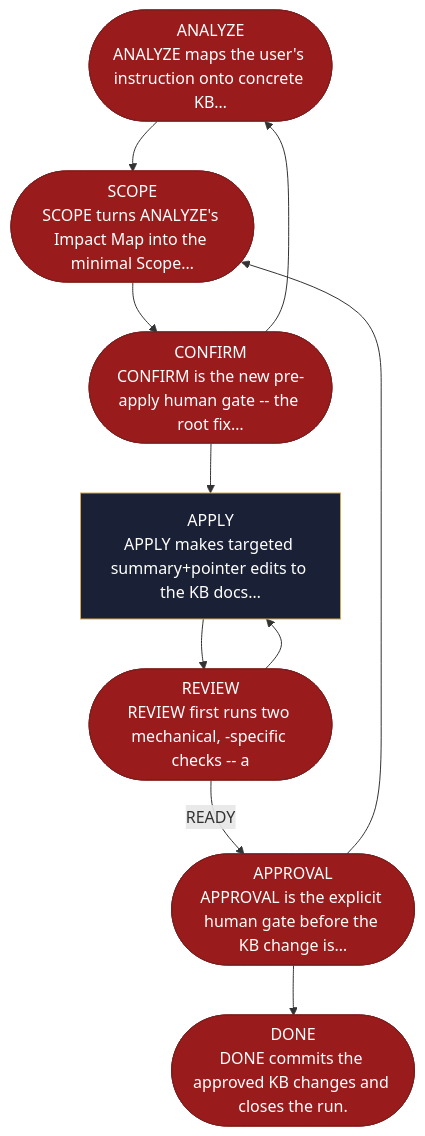
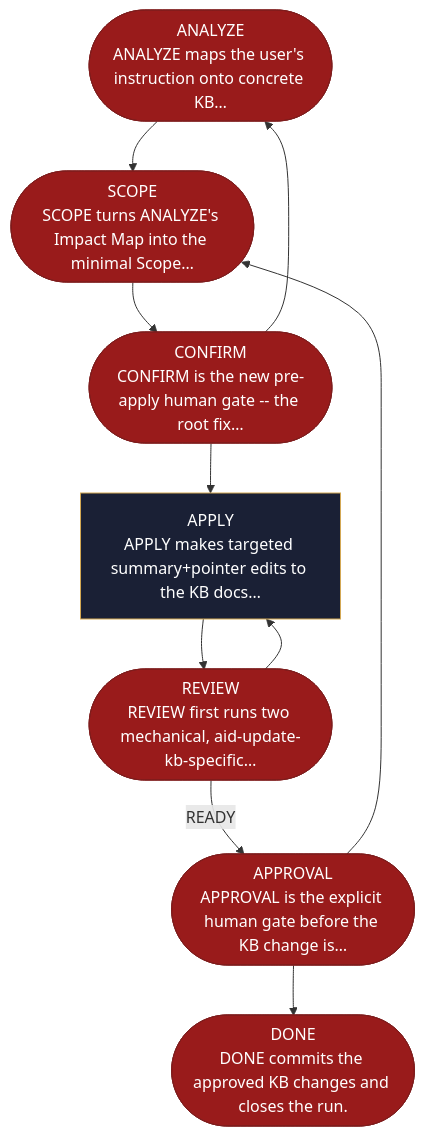
Before and after one commit to AndreVianna/aid-methodology: the diagram in site/src/content/docs/skills/aid-update-kb.md, drawn with Mermaid. The commit also changed 15 other files, not shown here.

````diff
--- a/site/src/content/docs/skills/aid-update-kb.md
+++ b/site/src/content/docs/skills/aid-update-kb.md
@@ -20,39 +20,39 @@
 ```mermaid
 flowchart TB
   classDef aidNode color:#fff
   classDef aidEntry fill:#166534,stroke:#14532d,color:#fff
   classDef aidExit fill:#991b1b,stroke:#7f1d1d,color:#fff
   classDef aidDecision fill:#92400e,stroke:#78350f,color:#fff
   classDef aidLoopBack fill:#1e3a8a,stroke:#1e3a8a,color:#fff
   classDef aidStep fill:#1a2035,stroke:#d4a853,color:#f1f5f9
   n1(["ANALYZE<br/>ANALYZE maps the user's instruction onto concrete KB…"])
   n2(["SCOPE<br/>SCOPE turns ANALYZE's Impact Map into the minimal Scope…"])
   n3(["CONFIRM<br/>CONFIRM is the new pre-apply human gate -- the root fix…"])
   n4["APPLY<br/>APPLY makes targeted summary+pointer edits to the KB docs…"]
-  n5(["REVIEW<br/>REVIEW first runs two mechanical, -specific checks -- a"])
+  n5(["REVIEW<br/>REVIEW first runs two mechanical, aid-update-kb-specific…"])
   n6(["APPROVAL<br/>APPROVAL is the explicit human gate before the KB change is…"])
   n7(["DONE<br/>DONE commits the approved KB changes and closes the run."])
   n1 --> n2
   n2 --> n3
   n3 --> n1
   n3 --> n4
   n4 --> n5
   n5 --> n4
   n5 -->|"READY"| n6
   n6 --> n2
   n6 --> n7
   class n1 aidExit
   class n2 aidExit
   class n3 aidExit
   class n4 aidStep
   class n5 aidExit
   class n6 aidExit
   class n7 aidExit
   class n1 aidNode
   class n2 aidNode
   class n3 aidNode
   class n4 aidNode
   class n5 aidNode
   class n6 aidNode
   class n7 aidNode
 ```
````
